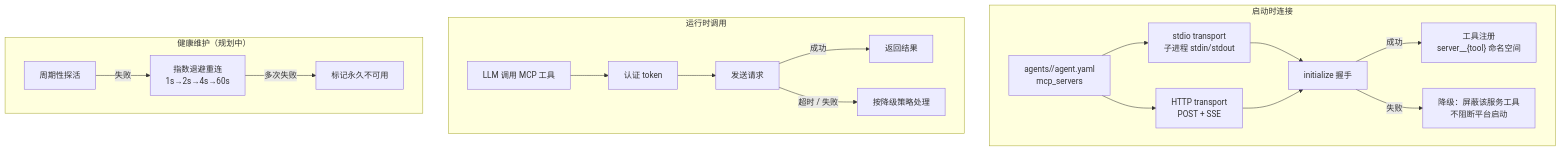
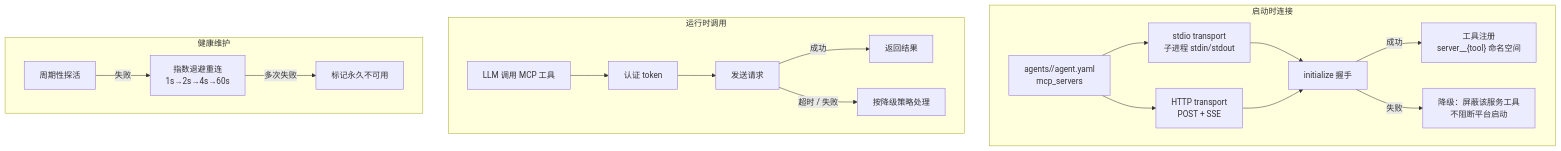
One commit to Summy2104/fleetent changed the diagram in docs/capabilities/mcp.md. Above: the diagram before and after it, drawn with Mermaid. The commit also changed other lines of this file and 10 other files, not shown here.

````diff
--- a/docs/capabilities/mcp.md
+++ b/docs/capabilities/mcp.md
@@ -22,22 +22,22 @@
 ```mermaid
 flowchart TD
     subgraph conn["启动时连接"]
         CFG["agents/<agent-id>/agent.yaml\nmcp_servers"] --> T1["stdio transport\n子进程 stdin/stdout"]
         CFG --> T2["HTTP transport\nPOST + SSE"]
         T1 & T2 --> INIT[initialize 握手]
         INIT -->|成功| NS["工具注册\nserver__{tool} 命名空间"]
         INIT -->|失败| DEG["降级：屏蔽该服务工具\n不阻断平台启动"]
     end
 
     subgraph runtime["运行时调用"]
         CALL[LLM 调用 MCP 工具] --> AUTH[认证 token]
         AUTH --> REQ[发送请求]
         REQ -->|成功| RET[返回结果]
         REQ -->|"超时 / 失败"| DEG2["按降级策略处理"]
     end
 
-    subgraph health["健康维护（规划中）"]
+    subgraph health["健康维护"]
         PING[周期性探活] -->|失败| RECON["指数退避重连\n1s→2s→4s→60s"]
         RECON -->|多次失败| PERM[标记永久不可用]
     end
 ```
````
